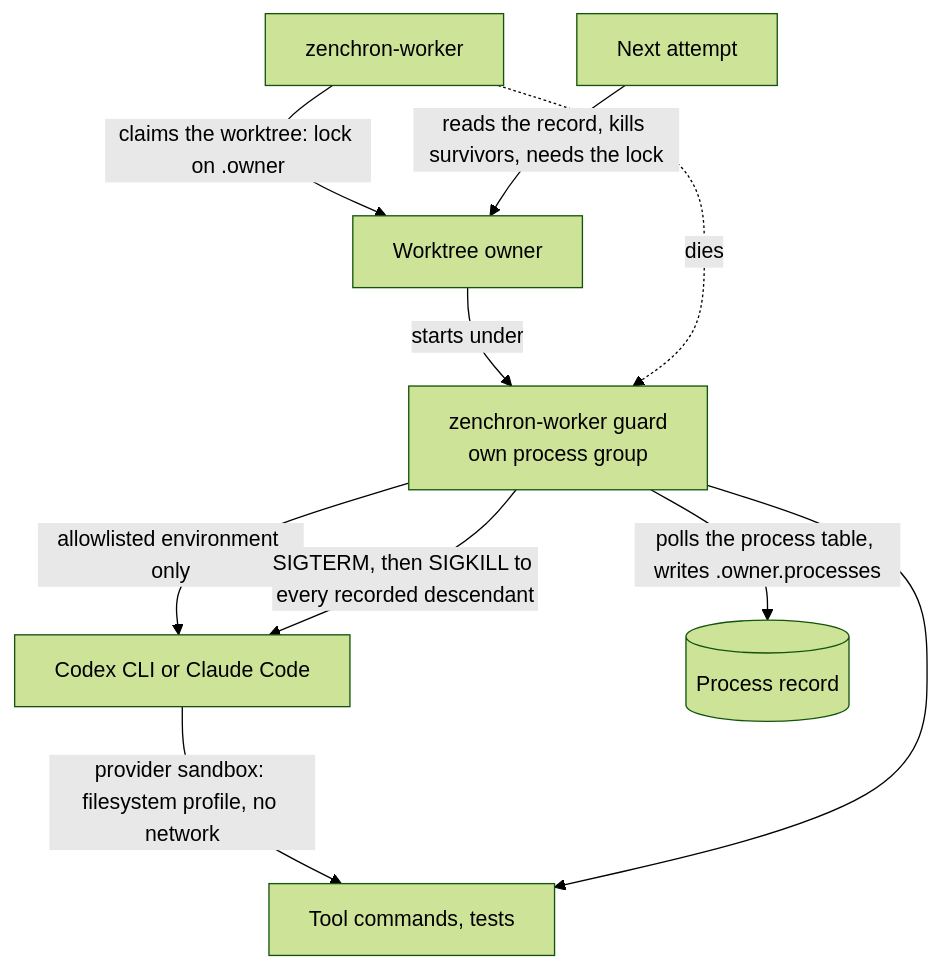
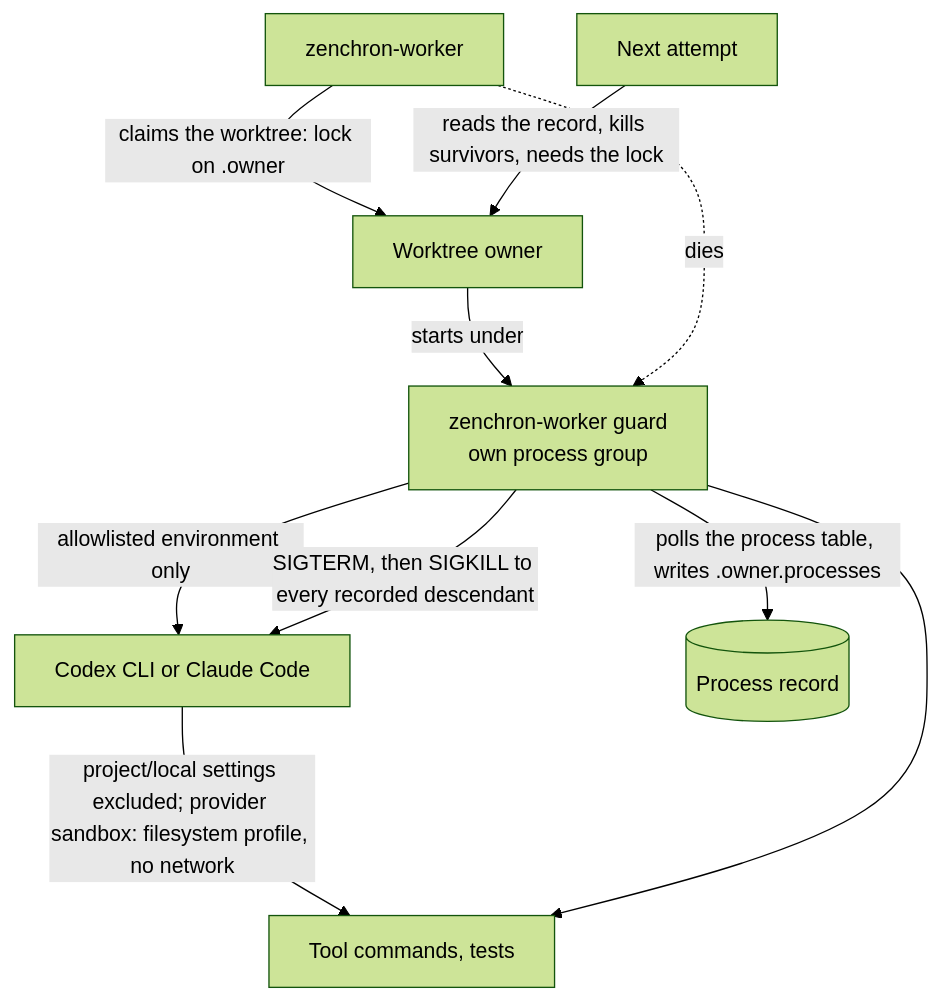
The second of 2 diagrams in docs/features/worker-enrollment-and-project-access.md (bogdaniel/zenchron-engineering-os), drawn with Mermaid (forest theme) before and after one commit. The commit also changed other lines of this file and 2 other files, not shown here.

Commit message:
fix(security): exclude project Claude settings

````diff
--- a/docs/features/worker-enrollment-and-project-access.md
+++ b/docs/features/worker-enrollment-and-project-access.md
@@ -174,12 +174,12 @@
 ```mermaid
 flowchart TB
   Worker[zenchron-worker] -->|"claims the worktree: lock on <worktree>.owner"| Owner[Worktree owner]
   Owner -->|"starts under"| Guard["zenchron-worker guard<br/>own process group"]
   Guard -->|"allowlisted environment only"| CLI[Codex CLI or Claude Code]
-  CLI -->|"provider sandbox: filesystem profile, no network"| Tool[Tool commands, tests]
+  CLI -->|"project/local settings excluded; provider sandbox: filesystem profile, no network"| Tool[Tool commands, tests]
   Guard -->|"polls the process table, writes <worktree>.owner.processes"| Record[(Process record)]
   Worker -. "dies" .-> Guard
   Guard -->|"SIGTERM, then SIGKILL to every recorded descendant"| CLI
   Guard --> Tool
   Next[Next attempt] -->|"reads the record, kills survivors, needs the lock"| Owner
 ```
````
